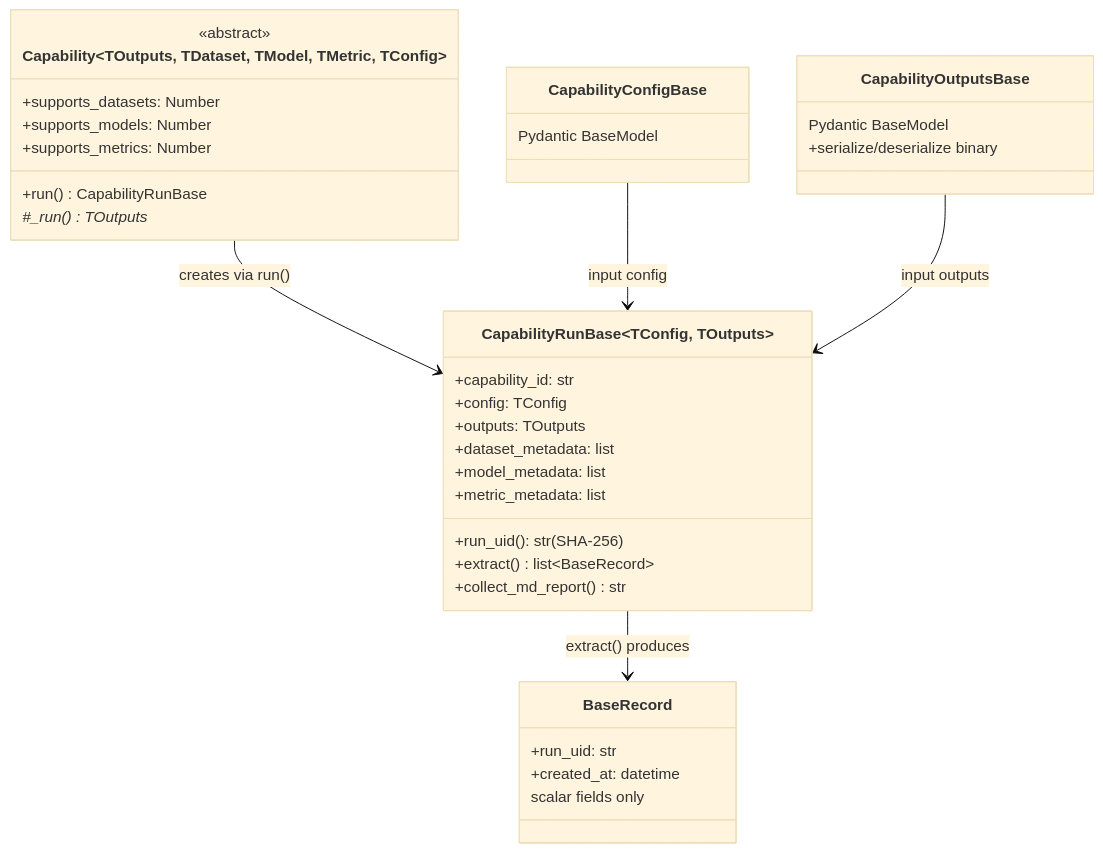
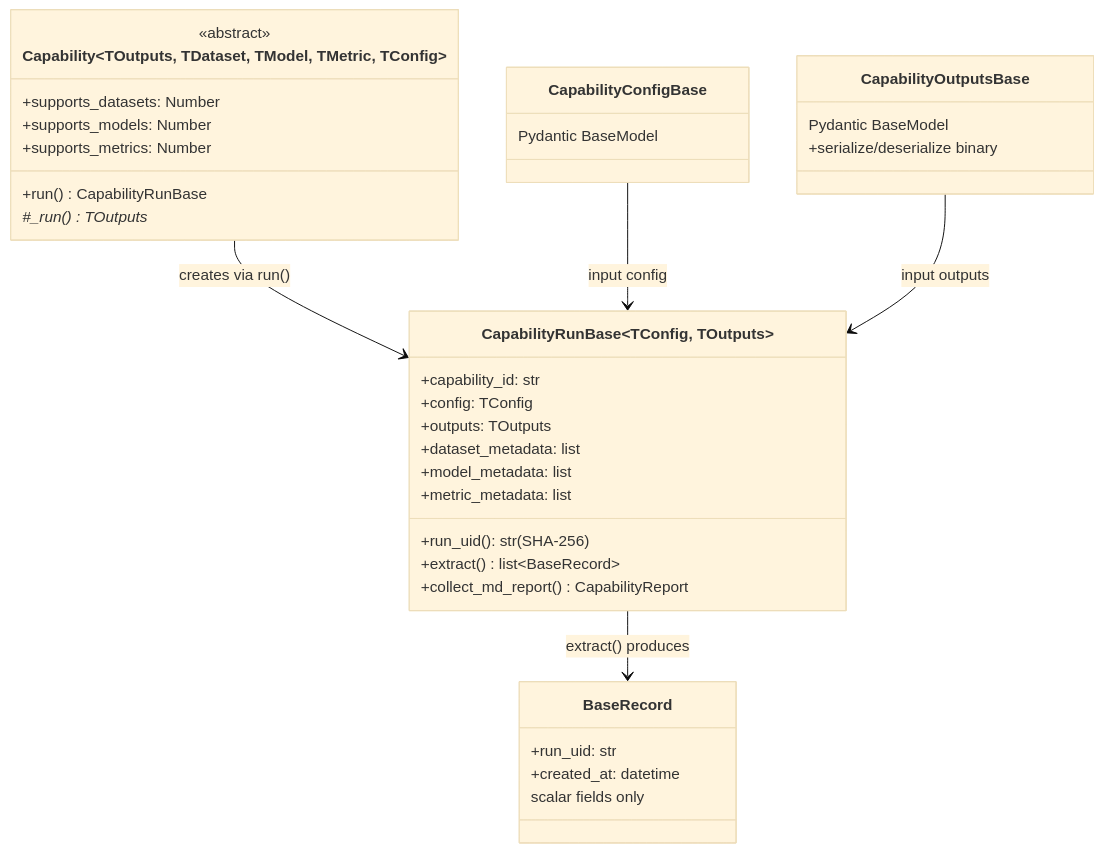
The second of 4 diagrams in docs/development/key_concepts.md (openteams-ai/checkmaite), drawn with Mermaid (base theme) before and after one commit. The commit also changed other lines of this file and 64 other files, not shown here.

````diff
--- a/docs/development/key_concepts.md
+++ b/docs/development/key_concepts.md
@@ -80,39 +80,39 @@
 ```mermaid
 classDiagram
     class CapabilityConfigBase {
         Pydantic BaseModel
     }
     class CapabilityOutputsBase {
         Pydantic BaseModel
         +serialize/deserialize binary
     }
     class CapabilityRunBase~TConfig, TOutputs~ {
         +capability_id: str
         +config: TConfig
         +outputs: TOutputs
         +dataset_metadata: list
         +model_metadata: list
         +metric_metadata: list
         +run_uid(): str (SHA-256)
         +extract() list~BaseRecord~
-        +collect_md_report() str
+        +collect_md_report() CapabilityReport
     }
     class Capability~TOutputs, TDataset, TModel, TMetric, TConfig~ {
         <<abstract>>
         +run() CapabilityRunBase
         #_run()* TOutputs
         +supports_datasets: Number
         +supports_models: Number
         +supports_metrics: Number
     }
     class BaseRecord {
         +run_uid: str
         +created_at: datetime
         scalar fields only
     }
 
     Capability --> CapabilityRunBase : creates via run()
     CapabilityConfigBase --> CapabilityRunBase : input config
     CapabilityOutputsBase --> CapabilityRunBase : input outputs
     CapabilityRunBase --> BaseRecord : extract() produces
 ```
````
